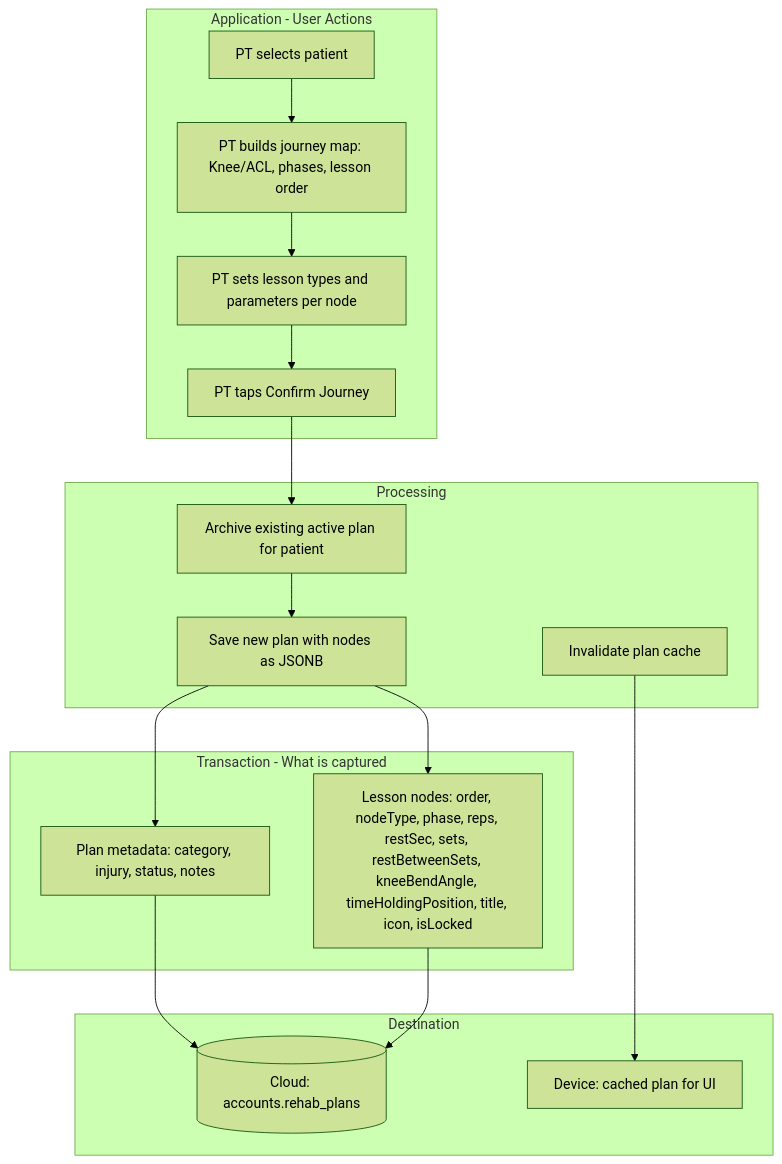
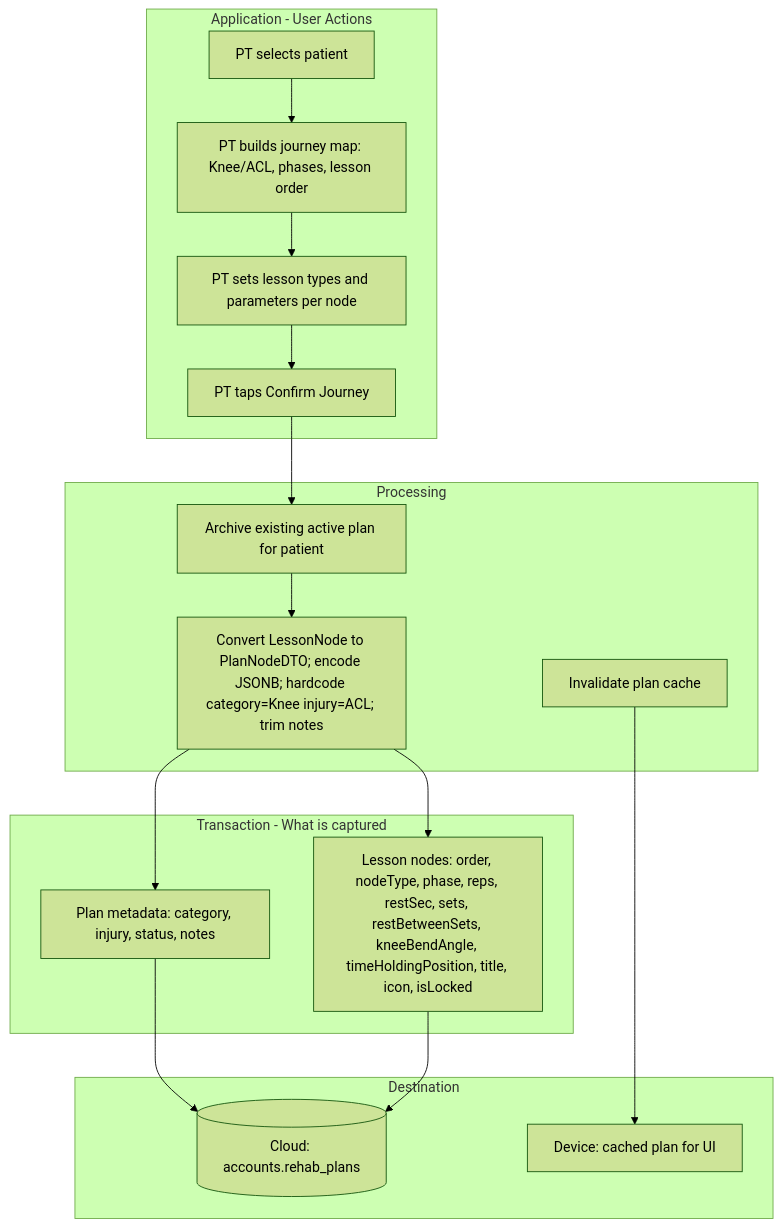
The first of 8 diagrams in docs/DATA_FLOW.md (seanja5/realrehab-mvp), drawn with Mermaid (forest theme) before and after one commit. The commit also changed other lines of this file, not shown here.

Commit message:
Update DATA_FLOW diagrams: add processing details, Bucket D and E diagrams

````diff
--- a/docs/DATA_FLOW.md
+++ b/docs/DATA_FLOW.md
@@ -123,32 +123,32 @@
 ```mermaid
 flowchart TB
     subgraph appB [Application - User Actions]
         AB1[PT selects patient]
         AB2[PT builds journey map: Knee/ACL, phases, lesson order]
         AB3[PT sets lesson types and parameters per node]
         AB4[PT taps Confirm Journey]
     end
 
     subgraph procB [Processing]
         PB1[Archive existing active plan for patient]
-        PB2[Save new plan with nodes as JSONB]
+        PB2[Convert LessonNode to PlanNodeDTO; encode JSONB; hardcode category=Knee injury=ACL; trim notes]
         PB3[Invalidate plan cache]
     end
 
     subgraph txB [Transaction - What is captured]
         TB1[Plan metadata: category, injury, status, notes]
         TB2[Lesson nodes: order, nodeType, phase, reps, restSec, sets, restBetweenSets, kneeBendAngle, timeHoldingPosition, title, icon, isLocked]
     end
 
     subgraph destB [Destination]
         DB1[(Cloud: accounts.rehab_plans)]
         DB2[Device: cached plan for UI]
     end
 
     AB1 --> AB2 --> AB3 --> AB4
     AB4 --> PB1 --> PB2 --> TB1
     PB2 --> TB2
     TB1 --> DB1
     TB2 --> DB1
     PB3 --> DB2
 ```
````
